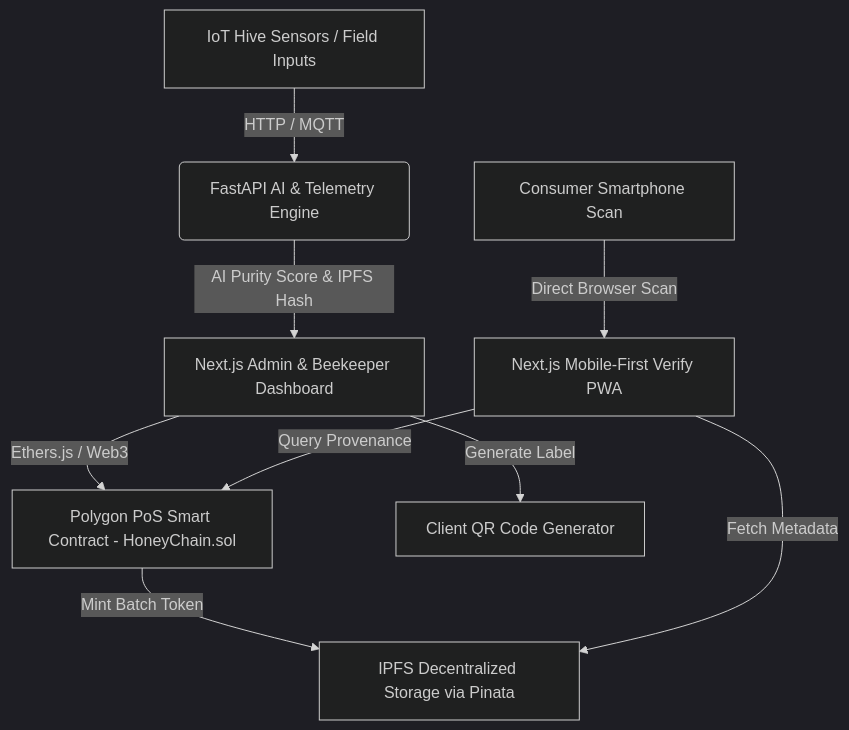
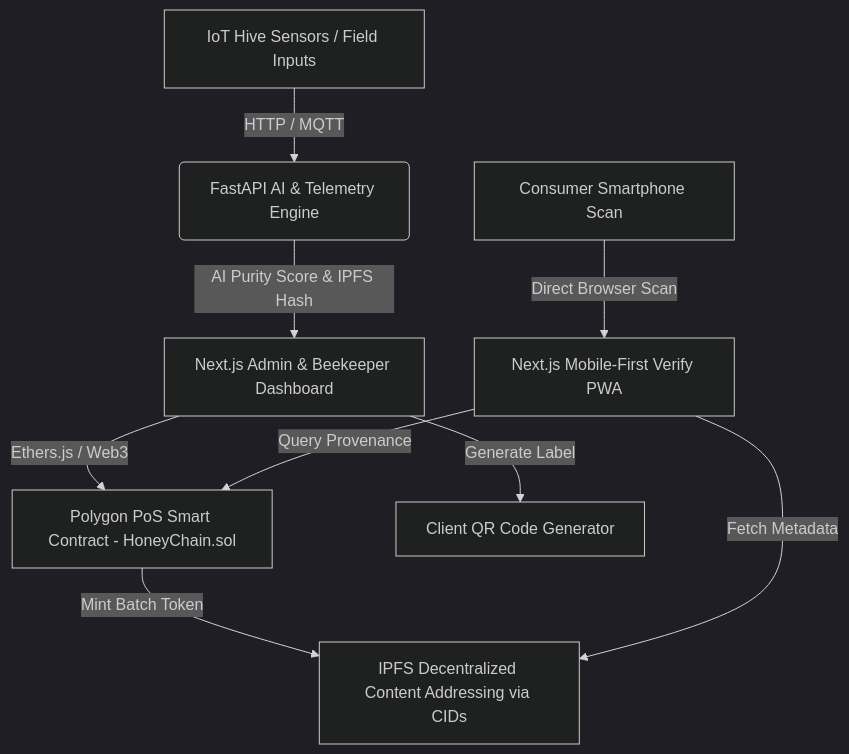
The diagram in README.md (ShivamGawade-XS/SIH_2026), drawn with Mermaid (dark theme) before and after one commit. The commit also changed other lines of this file and 4 other files, not shown here.

````diff
--- a/README.md
+++ b/README.md
@@ -79,11 +79,11 @@
 ```mermaid
 graph TD
     A[IoT Hive Sensors / Field Inputs] -->|HTTP / MQTT| B(FastAPI AI & Telemetry Engine)
     B -->|AI Purity Score & IPFS Hash| C[Next.js Admin & Beekeeper Dashboard]
     C -->|Ethers.js / Web3| D[Polygon PoS Smart Contract - HoneyChain.sol]
-    D -->|Mint Batch Token| E[IPFS Decentralized Storage via Pinata]
+    D -->|Mint Batch Token| E[IPFS Decentralized Content Addressing via CIDs]
     C -->|Generate Label| F[Client QR Code Generator]
     G[Consumer Smartphone Scan] -->|Direct Browser Scan| H[Next.js Mobile-First Verify PWA]
     H -->|Query Provenance| D
     H -->|Fetch Metadata| E
 ```
````
